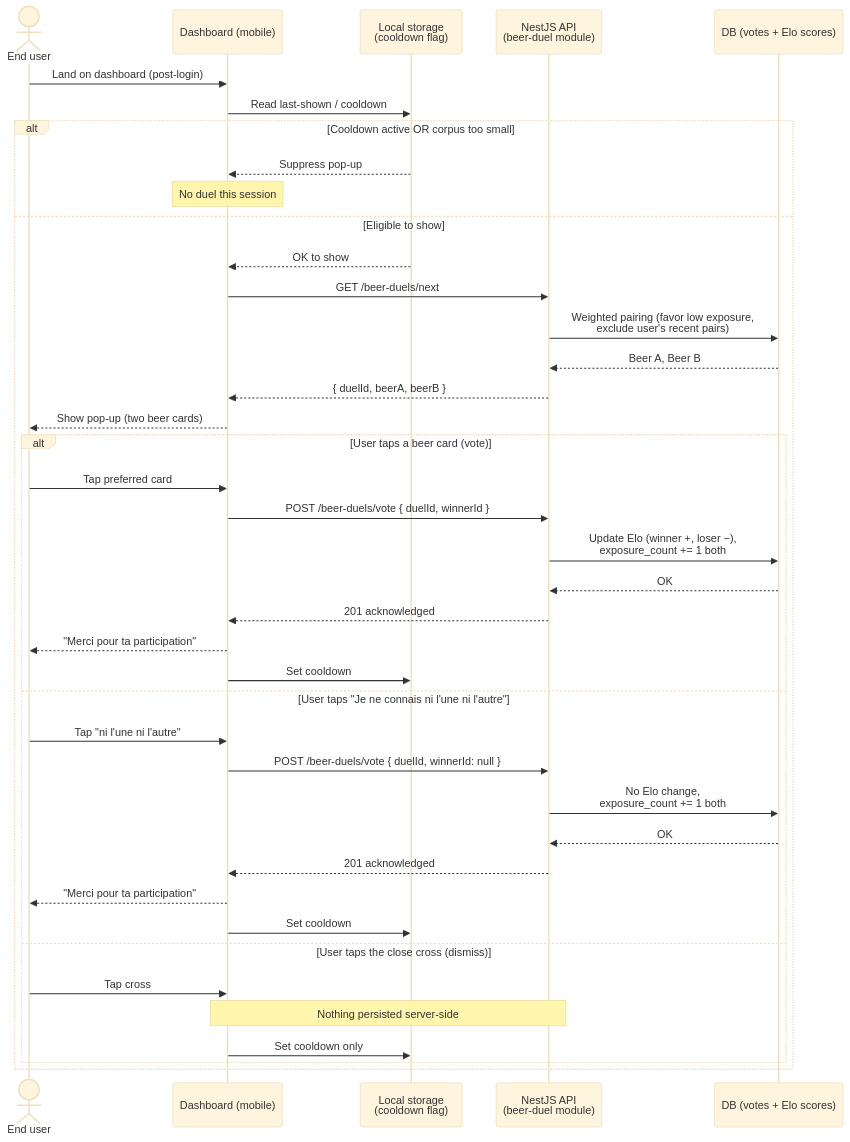
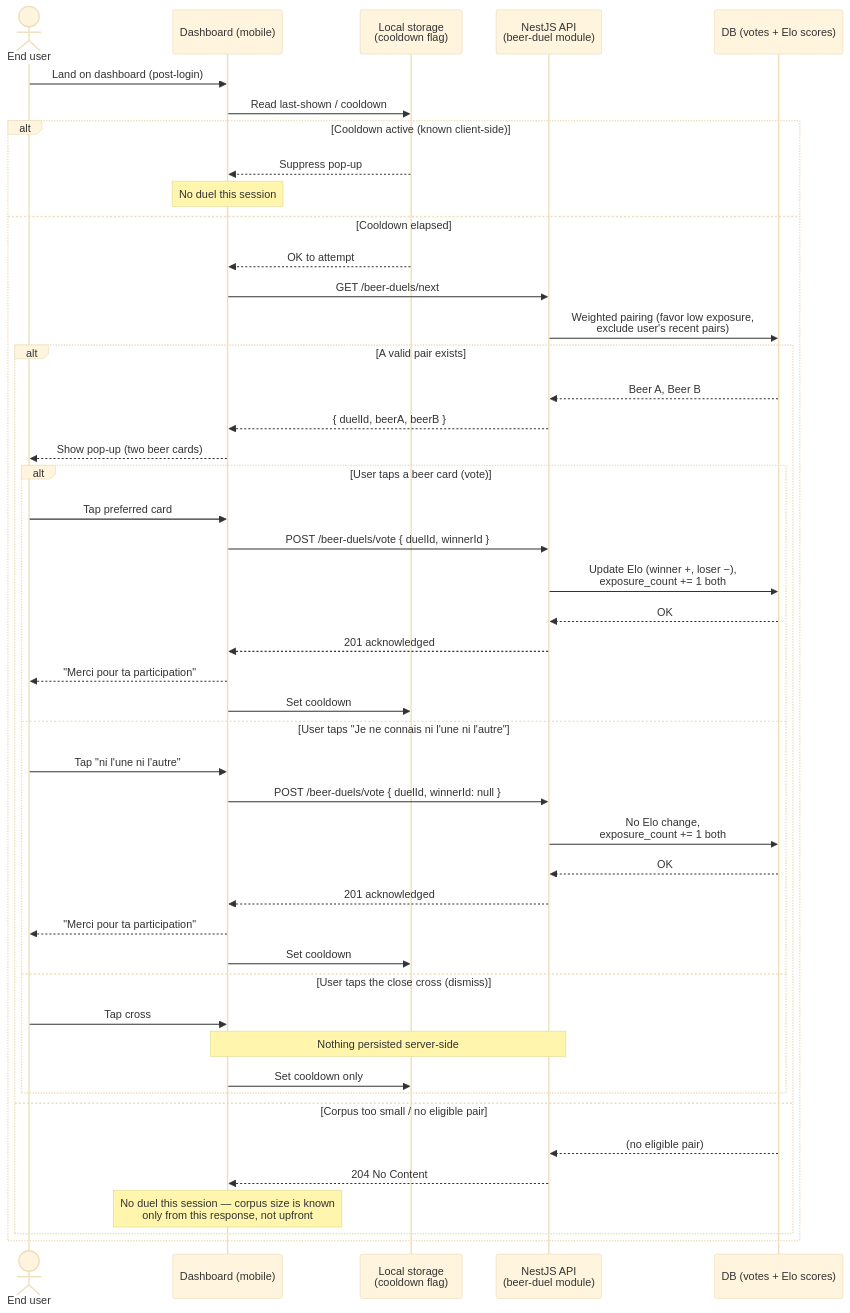
One commit to benoit-bremaud/brasse-bouillon changed the diagram in docs/architecture/diagrams/beer-duel/02-sequence-vote.md. Above: the diagram before and after it, drawn with Mermaid (base theme). The commit also changed other lines of this file and 4 other files, not shown here.

First line of the commit message:
docs(beer-duel): address Codex + Copilot review on the conception PR

````diff
--- a/docs/architecture/diagrams/beer-duel/02-sequence-vote.md
+++ b/docs/architecture/diagrams/beer-duel/02-sequence-vote.md
@@ -16,44 +16,51 @@
 ```mermaid
 sequenceDiagram
     actor U as End user
     participant D as Dashboard (mobile)
     participant S as Local storage<br/>(cooldown flag)
     participant API as NestJS API<br/>(beer-duel module)
     participant DB as DB (votes + Elo scores)
 
     U->>D: Land on dashboard (post-login)
     D->>S: Read last-shown / cooldown
-    alt Cooldown active OR corpus too small
+    alt Cooldown active (known client-side)
         S-->>D: Suppress pop-up
         Note over D: No duel this session
-    else Eligible to show
-        S-->>D: OK to show
+    else Cooldown elapsed
+        S-->>D: OK to attempt
         D->>API: GET /beer-duels/next
         API->>DB: Weighted pairing (favor low exposure,<br/>exclude user's recent pairs)
-        DB-->>API: Beer A, Beer B
-        API-->>D: { duelId, beerA, beerB }
-        D-->>U: Show pop-up (two beer cards)
 
-        alt User taps a beer card (vote)
-            U->>D: Tap preferred card
-            D->>API: POST /beer-duels/vote { duelId, winnerId }
-            API->>DB: Update Elo (winner +, loser −),<br/>exposure_count += 1 both
-            DB-->>API: OK
-            API-->>D: 201 acknowledged
-            D-->>U: "Merci pour ta participation"
-            D->>S: Set cooldown
-        else User taps "Je ne connais ni l'une ni l'autre"
-            U->>D: Tap "ni l'une ni l'autre"
-            D->>API: POST /beer-duels/vote { duelId, winnerId: null }
-            API->>DB: No Elo change,<br/>exposure_count += 1 both
-            DB-->>API: OK
-            API-->>D: 201 acknowledged
-            D-->>U: "Merci pour ta participation"
-            D->>S: Set cooldown
-        else User taps the close cross (dismiss)
-            U->>D: Tap cross
-            Note over D,API: Nothing persisted server-side
-            D->>S: Set cooldown only
+        alt A valid pair exists
+            DB-->>API: Beer A, Beer B
+            API-->>D: { duelId, beerA, beerB }
+            D-->>U: Show pop-up (two beer cards)
+
+            alt User taps a beer card (vote)
+                U->>D: Tap preferred card
+                D->>API: POST /beer-duels/vote { duelId, winnerId }
+                API->>DB: Update Elo (winner +, loser −),<br/>exposure_count += 1 both
+                DB-->>API: OK
+                API-->>D: 201 acknowledged
+                D-->>U: "Merci pour ta participation"
+                D->>S: Set cooldown
+            else User taps "Je ne connais ni l'une ni l'autre"
+                U->>D: Tap "ni l'une ni l'autre"
+                D->>API: POST /beer-duels/vote { duelId, winnerId: null }
+                API->>DB: No Elo change,<br/>exposure_count += 1 both
+                DB-->>API: OK
+                API-->>D: 201 acknowledged
+                D-->>U: "Merci pour ta participation"
+                D->>S: Set cooldown
+            else User taps the close cross (dismiss)
+                U->>D: Tap cross
+                Note over D,API: Nothing persisted server-side
+                D->>S: Set cooldown only
+            end
+        else Corpus too small / no eligible pair
+            DB-->>API: (no eligible pair)
+            API-->>D: 204 No Content
+            Note over D: No duel this session — corpus size is known<br/>only from this response, not upfront
         end
     end
 ```
````
